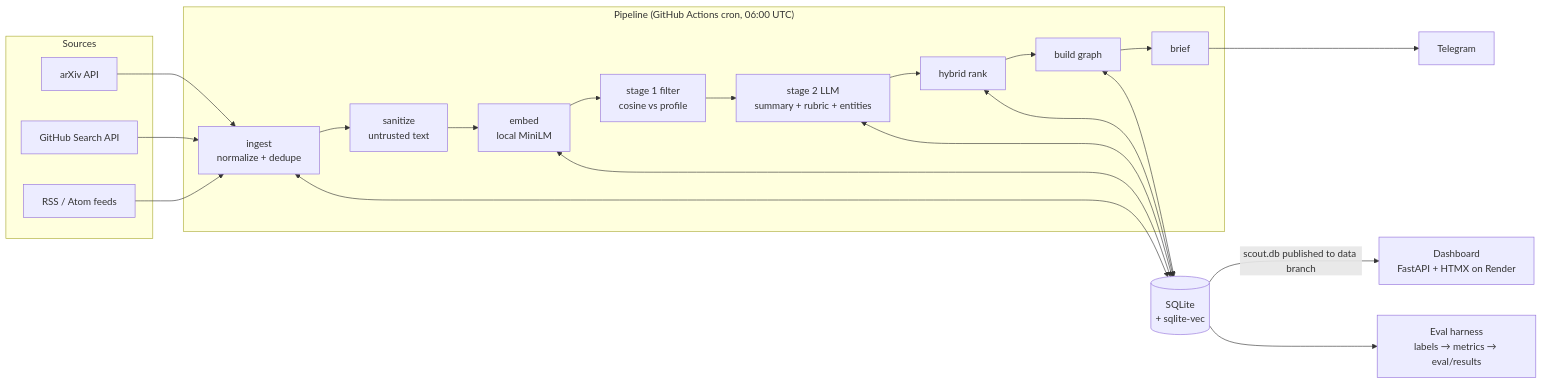
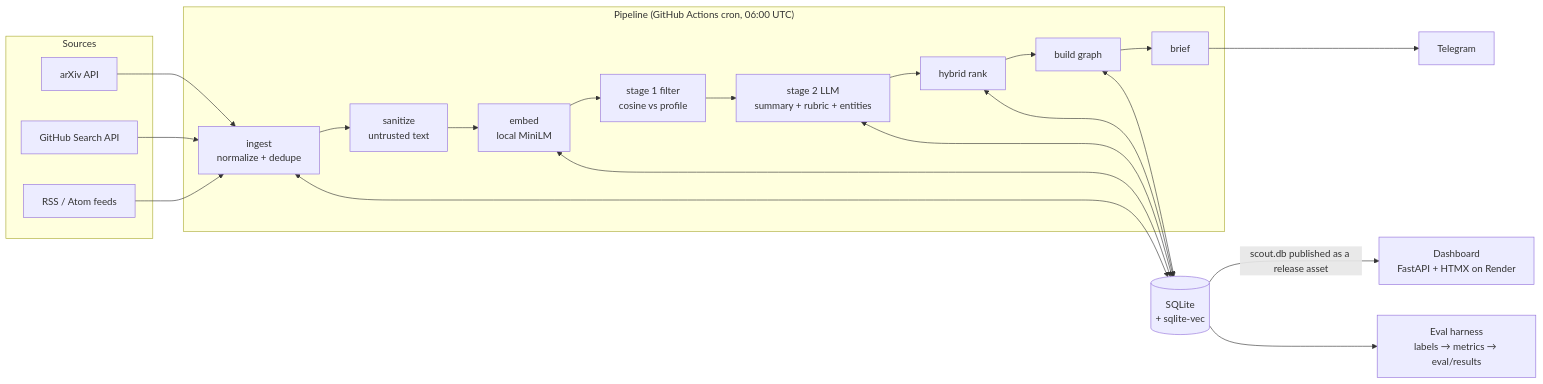
The diagram in docs/PLAN.md (Vanshh29/research-scout), drawn with Mermaid before and after one commit. The commit also changed other lines of this file and 10 other files, not shown here.

````diff
--- a/docs/PLAN.md
+++ b/docs/PLAN.md
@@ -20,23 +20,23 @@
 ```mermaid
 flowchart LR
     subgraph Sources
         A[arXiv API]
         G[GitHub Search API]
         R[RSS / Atom feeds]
     end
     subgraph Pipeline["Pipeline (GitHub Actions cron, 06:00 UTC)"]
         I[ingest<br/>normalize + dedupe] --> S[sanitize<br/>untrusted text]
         S --> E[embed<br/>local MiniLM]
         E --> F[stage 1 filter<br/>cosine vs profile]
         F --> L[stage 2 LLM<br/>summary + rubric + entities]
         L --> H[hybrid rank]
         H --> K[build graph]
         K --> B[brief]
     end
     A & G & R --> I
     DB[(SQLite<br/>+ sqlite-vec)]
     I & E & L & H & K <--> DB
     B --> T[Telegram]
-    DB -- "scout.db published to data branch" --> W[Dashboard<br/>FastAPI + HTMX on Render]
+    DB -- "scout.db published as a release asset" --> W[Dashboard<br/>FastAPI + HTMX on Render]
     DB --> EV[Eval harness<br/>labels → metrics → eval/results]
 ```
````
